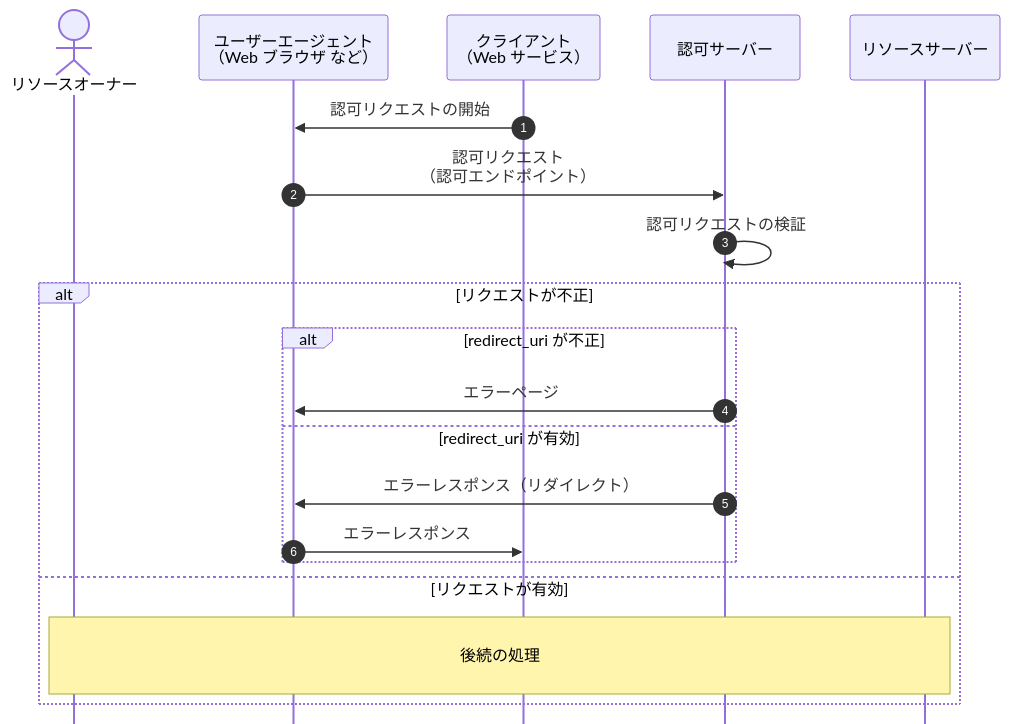
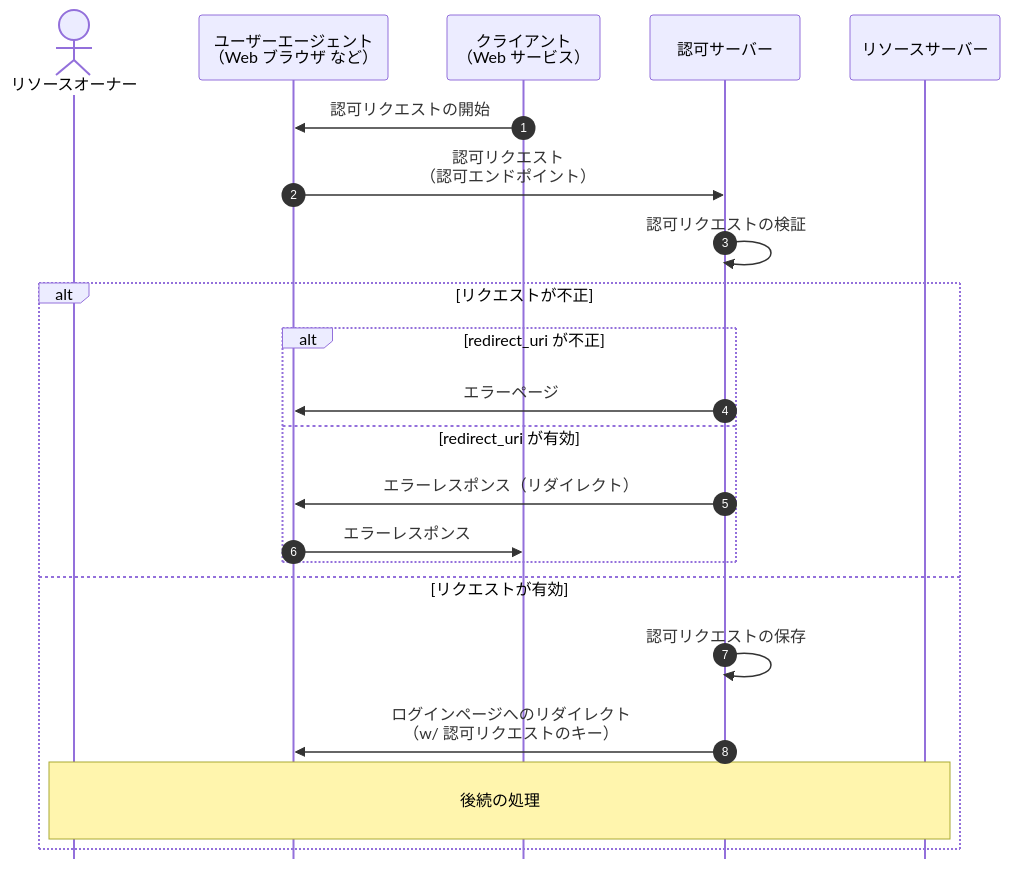
One commit to ssaito-git/sample-oauth2-az changed the second of 3 diagrams in docs/1_認可エンドポイント.md. Above: the diagram before and after it, drawn with Mermaid. The commit also changed other lines of this file and 1 other file, not shown here.

````diff
--- a/docs/1_認可エンドポイント.md
+++ b/docs/1_認可エンドポイント.md
@@ -13,26 +27,28 @@
 ```mermaid
 %%{init{"sequence":{"mirrorActors":false}}}%%
 sequenceDiagram
     autonumber
 
     actor ro as リソースオーナー
     participant ua as ユーザーエージェント<br>（Web ブラウザ など）
     participant cl as クライアント<br>（Web サービス）
     participant az as 認可サーバー
     participant rs as リソースサーバー
 
     cl ->> ua : 認可リクエストの開始
     ua ->> az : 認可リクエスト<br>（認可エンドポイント）
     az ->> az : 認可リクエストの検証
 
     alt リクエストが不正
         alt redirect_uri が不正
             az ->> ua : エラーページ
         else redirect_uri が有効
             az ->> ua : エラーレスポンス（リダイレクト）
             ua ->> cl : エラーレスポンス
         end
     else リクエストが有効
+        az ->> az : 認可リクエストの保存
+        az ->> ua : ログインページへのリダイレクト<br>（w/ 認可リクエストのキー）
         note over ro, rs: <br>後続の処理<br>
     end
 ```
````
